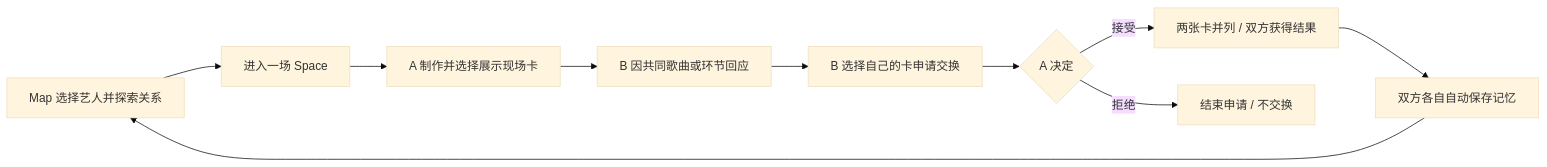
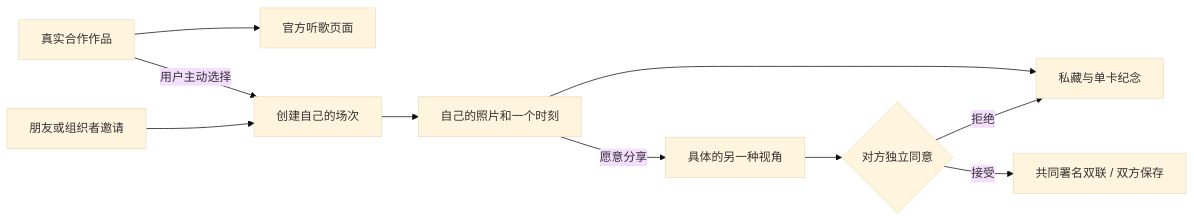
One commit to musicMapTeam/musicMap changed the diagram in product/docs/01-product-plan.md. Above: the diagram before and after it, drawn with Mermaid (base theme). The commit also changed other lines of this file and 42 other files, not shown here.

````diff
--- a/product/docs/01-product-plan.md
+++ b/product/docs/01-product-plan.md
@@ -32,12 +37,12 @@
 ```mermaid
 flowchart LR
-    A[Map 选择艺人并探索关系] --> B[进入一场 Space]
-    B --> C[A 制作并选择展示现场卡]
-    C --> D[B 因共同歌曲或环节回应]
-    D --> E[B 选择自己的卡申请交换]
-    E --> F{A 决定}
-    F -->|接受| G[两张卡并列 / 双方获得结果]
-    F -->|拒绝| H[结束申请 / 不交换]
-    G --> I[双方各自自动保存记忆]
-    I --> A
+  A[真实合作作品] --> B[官方听歌页面]
+  A -->|用户主动选择| C[创建自己的场次]
+  D[朋友或组织者邀请] --> C
+  C --> E[自己的照片和一个时刻]
+  E --> F[私藏与单卡纪念]
+  E -->|愿意分享| G[具体的另一种视角]
+  G --> H{对方独立同意}
+  H -->|接受| I[共同署名双联 / 双方保存]
+  H -->|拒绝| F
 ```
````
